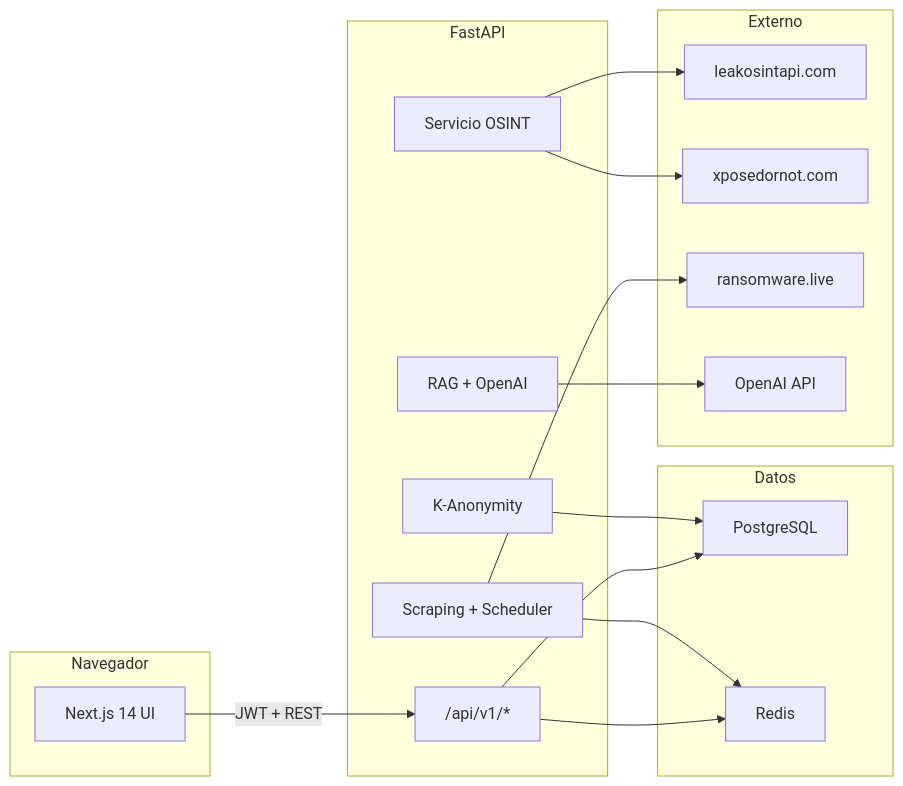
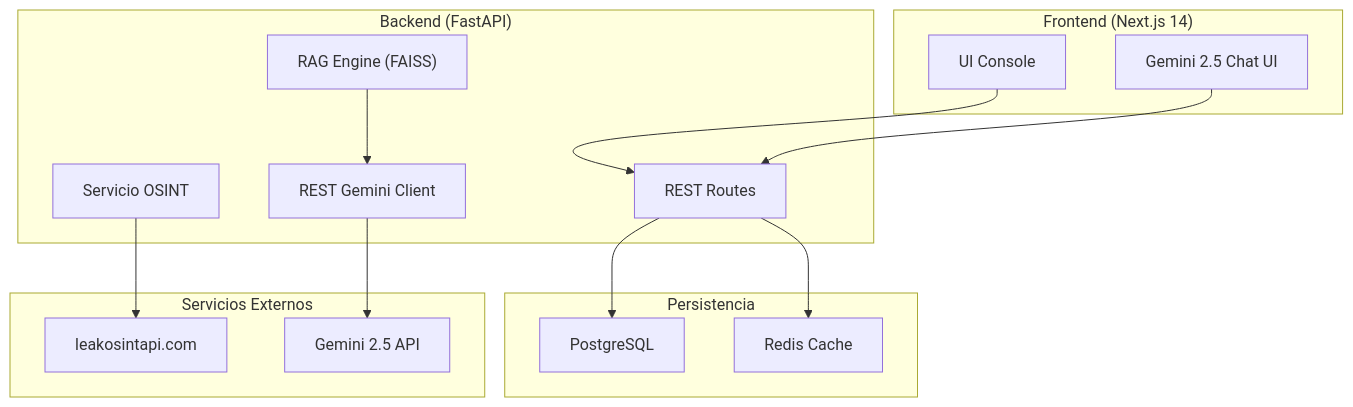
One commit to emilio-garcia-ie/LEAKGUARD changed the diagram in README.md. Above: the diagram before and after it, drawn with Mermaid. The commit also changed other lines of this file and 2617 other files, not shown here.

Commit message:
Update visual identity, native Gemini 2.5 Flash Chat Integration, and seed more LATAM leaks

````diff
--- a/README.md
+++ b/README.md
@@ -71,36 +76,32 @@
 ```mermaid
-flowchart LR
-    subgraph Browser["Navegador"]
-        UI["Next.js 14 UI"]
+flowchart TD
+    subgraph Cliente["Frontend (Next.js 14)"]
+        UI["UI Console"]
+        Chat["Gemini 2.5 Chat UI"]
     end
 
-    subgraph Backend["FastAPI"]
-        API["/api/v1/*"]
+    subgraph Servidor["Backend (FastAPI)"]
+        API["REST Routes"]
         OSINT["Servicio OSINT"]
-        AI["RAG + OpenAI"]
-        SCR["Scraping + Scheduler"]
-        KA["K-Anonymity"]
+        AI["RAG Engine (FAISS)"]
+        DirectGemini["REST Gemini Client"]
     end
 
-    subgraph Data["Datos"]
+    subgraph BD["Persistencia"]
         PG["PostgreSQL"]
-        RD["Redis"]
+        RD["Redis Cache"]
     end
 
-    subgraph External["Externo"]
+    subgraph Proveedores["Servicios Externos"]
         LO["leakosintapi.com"]
-        XON["xposedornot.com"]
-        RWL["ransomware.live"]
-        OAI["OpenAI API"]
+        GEM["Gemini 2.5 API"]
     end
 
-    UI -->|"JWT + REST"| API
+    UI --> API
+    Chat --> API
     API --> PG
     API --> RD
     OSINT --> LO
-    OSINT --> XON
-    AI --> OAI
-    SCR --> RWL
-    SCR --> RD
-    KA --> PG
+    AI --> DirectGemini
+    DirectGemini --> GEM
 ```
````
